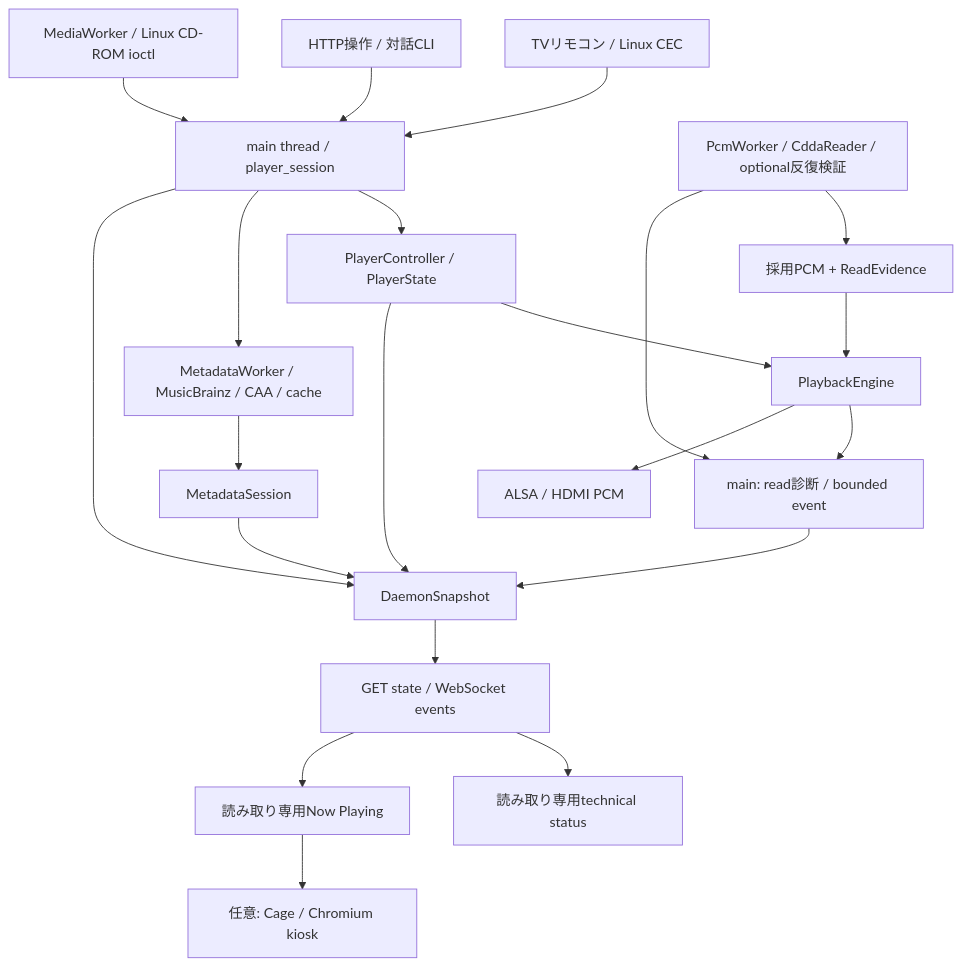
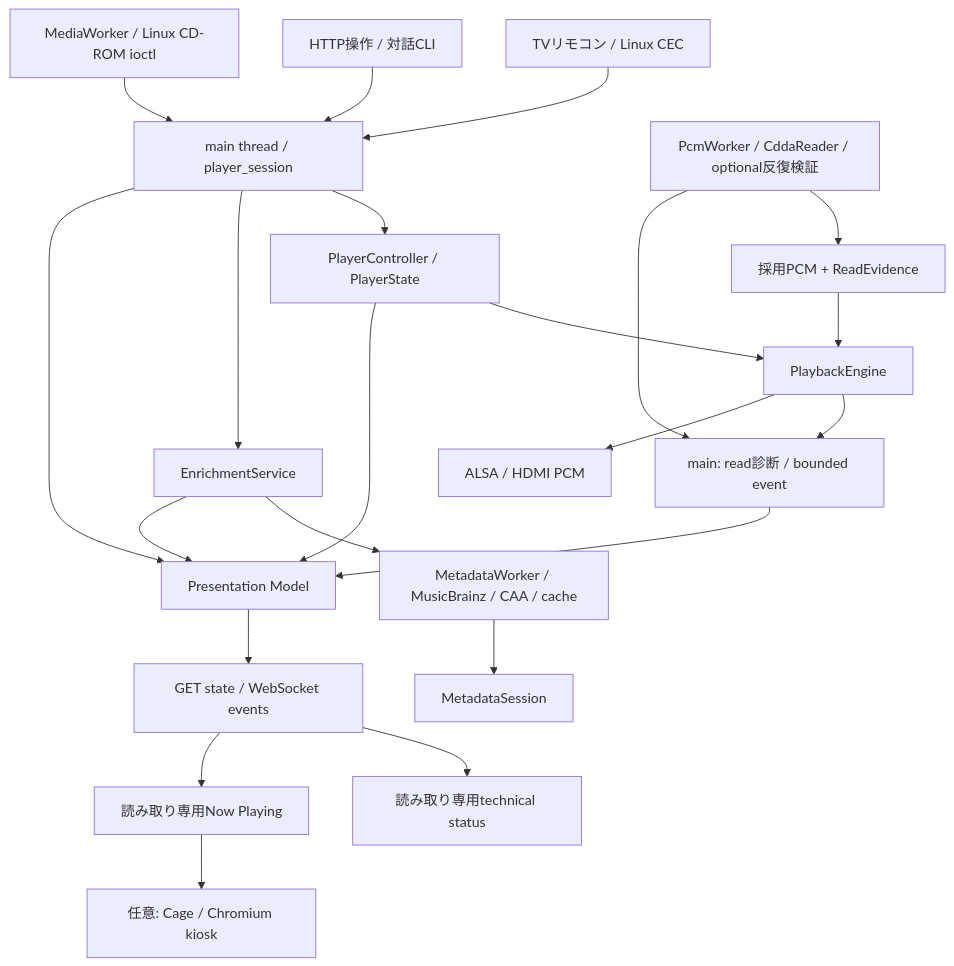
The diagram in docs/design/basic-design.md (udonchan/picdplayer), drawn with Mermaid before and after one commit. The commit also changed other lines of this file and 15 other files, not shown here.

````diff
--- a/docs/design/basic-design.md
+++ b/docs/design/basic-design.md
@@ -33,23 +33,24 @@
 ```mermaid
 flowchart TD
     CEC[TVリモコン / Linux CEC] --> Session[main thread / player_session]
     API[HTTP操作 / 対話CLI] --> Session
     Media[MediaWorker / Linux CD-ROM ioctl] --> Session
     Session --> Controller[PlayerController / PlayerState]
     Controller --> Engine[PlaybackEngine]
     Reader[PcmWorker / CddaReader / optional反復検証] --> Queue[採用PCM + ReadEvidence]
     Queue --> Engine
     Reader --> Evidence[main: read診断 / bounded event]
     Engine --> Evidence
     Engine --> ALSA[ALSA / HDMI PCM]
-    Session --> Meta[MetadataWorker / MusicBrainz / CAA / cache]
+    Session --> Enrichment[EnrichmentService]
+    Enrichment --> Meta[MetadataWorker / MusicBrainz / CAA / cache]
     Meta --> MS[MetadataSession]
-    Controller --> Snapshot[DaemonSnapshot]
-    MS --> Snapshot
+    Controller --> Snapshot[Presentation Model]
+    Enrichment --> Snapshot
     Session --> Snapshot
     Evidence --> Snapshot
     Snapshot --> Events[GET state / WebSocket events]
     Events --> Technical[読み取り専用technical status]
     Events --> NowPlaying[読み取り専用Now Playing]
     NowPlaying --> Kiosk[任意: Cage / Chromium kiosk]
 ```
````
